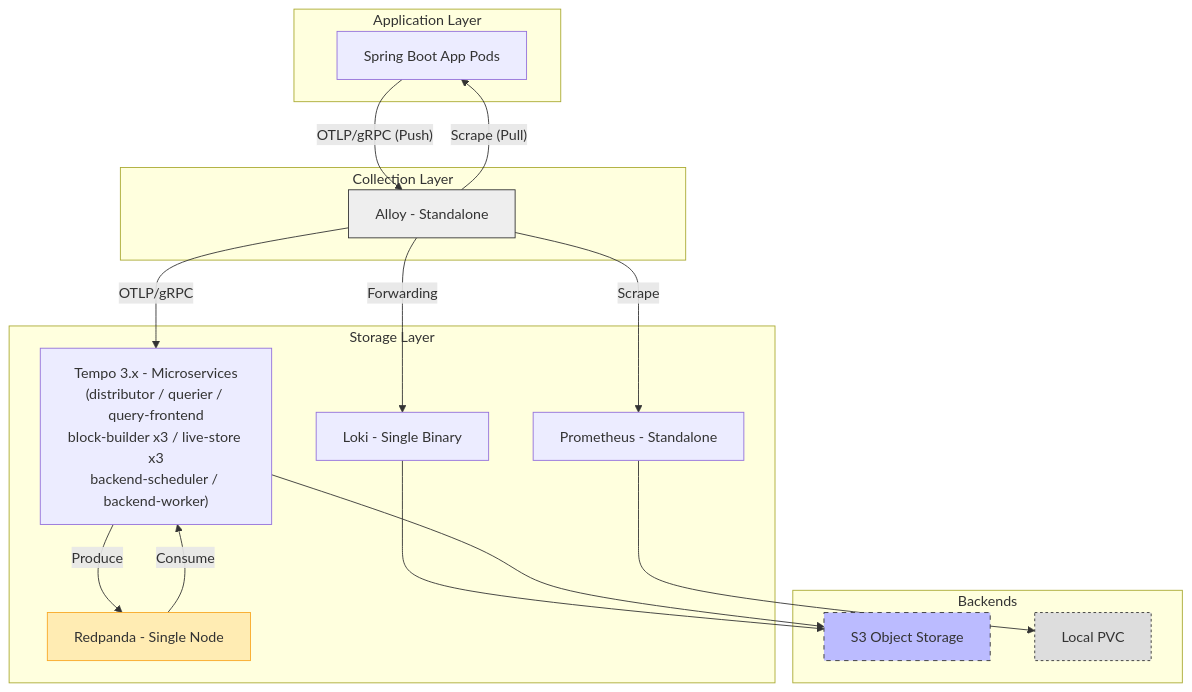
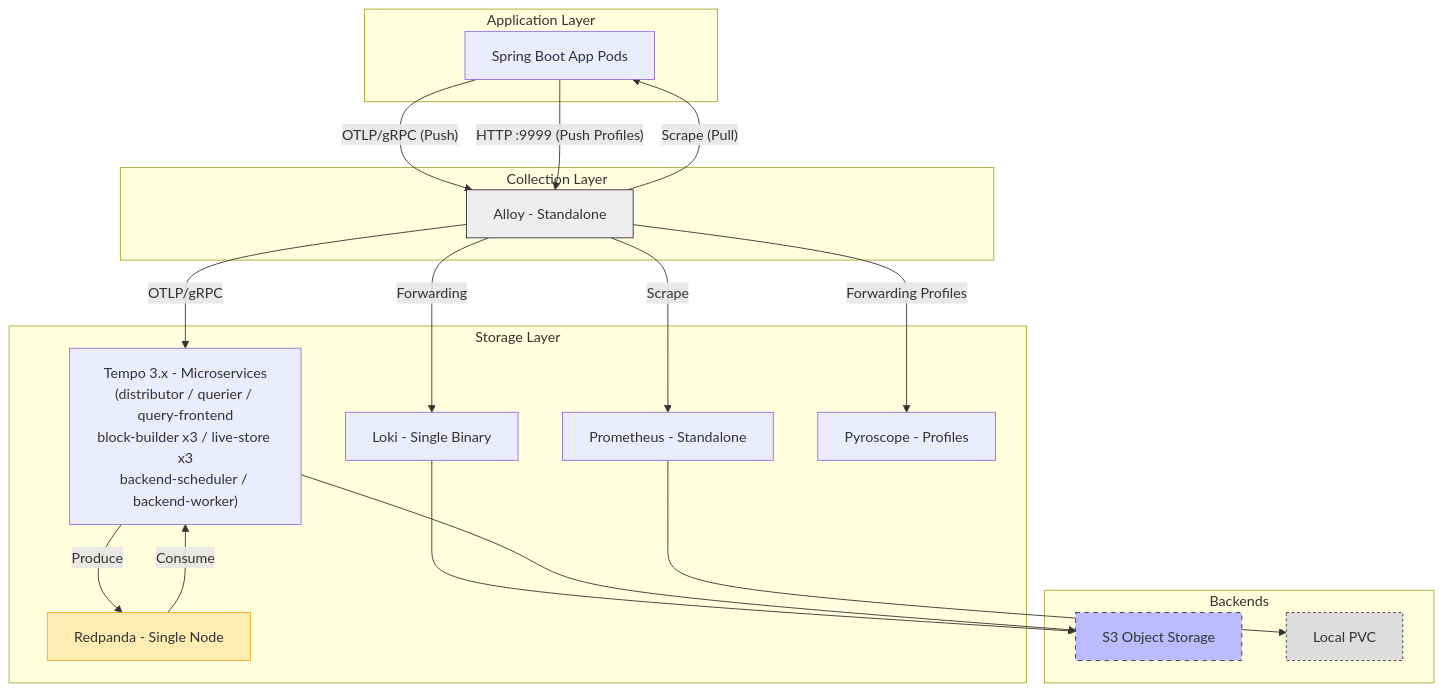
One commit to bwgjoseph/spring-boot-lgtm changed the first of 2 diagrams in ARCHITECTURE.md. Above: the diagram before and after it, drawn with Mermaid. The commit also changed 17 other files, not shown here.

First line of the commit message:
feat(observability): add Pyroscope continuous profiling + increase prod Alloy WAL to 100Gi

````diff
--- a/ARCHITECTURE.md
+++ b/ARCHITECTURE.md
@@ -29,41 +29,44 @@
 ```mermaid
 graph TD
     subgraph Apps [Application Layer]
         App1[Spring Boot App Pods]
     end
 
     subgraph Collection [Collection Layer]
         AlloyDev[Alloy - Standalone]
     end
 
     subgraph Storage [Storage Layer]
         LokiDev[Loki - Single Binary]
         RedpandaDev[Redpanda - Single Node]
         TempoDev["Tempo 3.x - Microservices\n(distributor / querier / query-frontend\nblock-builder x3 / live-store x3\nbackend-scheduler / backend-worker)"]
         MimirDev[Prometheus - Standalone]
+        PyroDev[Pyroscope - Profiles]
     end
 
     subgraph Backends [Backends]
         S3[S3 Object Storage]
         PVC[Local PVC]
     end
 
     App1 -- "OTLP/gRPC (Push)" --> AlloyDev
+    App1 -- "HTTP :9999 (Push Profiles)" --> AlloyDev
     AlloyDev -- "Scrape (Pull)" --> App1
     
     AlloyDev -- "Forwarding" --> LokiDev
     AlloyDev -- "OTLP/gRPC" --> TempoDev
+    AlloyDev -- "Forwarding Profiles" --> PyroDev
     AlloyDev -- "Scrape" --> MimirDev
 
     TempoDev -- "Produce" --> RedpandaDev
     RedpandaDev -- "Consume" --> TempoDev
 
     LokiDev --> S3
     TempoDev --> S3
     MimirDev --> PVC
 
     style AlloyDev fill:#eee,stroke:#333
     style RedpandaDev fill:#ffecb3,stroke:#f9a825
     style S3 fill:#bbf,stroke:#333,stroke-dasharray: 5 5
     style PVC fill:#ddd,stroke:#333,stroke-dasharray: 3 3
 ```
````
